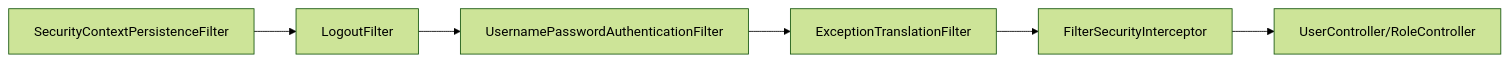
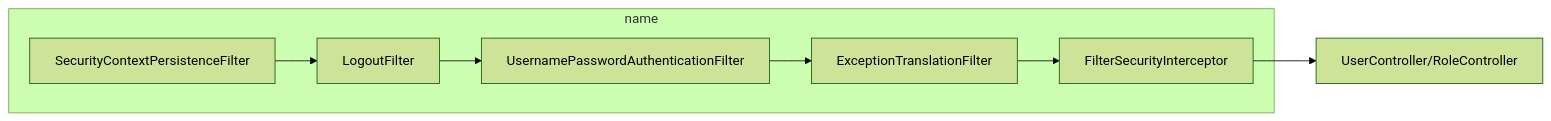
The second of 12 diagrams in Spring Security Filter Chain - מדריך מפורט.md (EliGuriel/Course_Meeting5), drawn with Mermaid (forest theme) before and after one commit. The commit also changed other lines of this file and 2 other files, not shown here.

Commit message:
Course Meeting 5 Security with Thymeleaf Advanced JAVA B, version 2.22

````diff
--- a/Spring Security Filter Chain - מדריך מפורט.md
+++ b/Spring Security Filter Chain - מדריך מפורט.md
@@ -73,15 +73,19 @@
 ```mermaid
 graph LR
-    A[SecurityContextPersistenceFilter] --> B[LogoutFilter]
-    B --> C[UsernamePasswordAuthenticationFilter] 
-    C --> D[ExceptionTranslationFilter]
-    D --> E[FilterSecurityInterceptor]
+   
+    subgraph name
+        A[SecurityContextPersistenceFilter] --> B[LogoutFilter]
+        B --> C[UsernamePasswordAuthenticationFilter]
+        C --> D[ExceptionTranslationFilter]
+        D --> E[FilterSecurityInterceptor]
+    end
+    
     E --> F[UserController/RoleController]
     
 %%    style A fill:#e3f2fd
 %%    style B fill:#f3e5f5
 %%    style C fill:#e8f5e8
 %%    style D fill:#fff3e0
 %%    style E fill:#ffebee
 %%    style F fill:#e0f2f1
 ```
````
